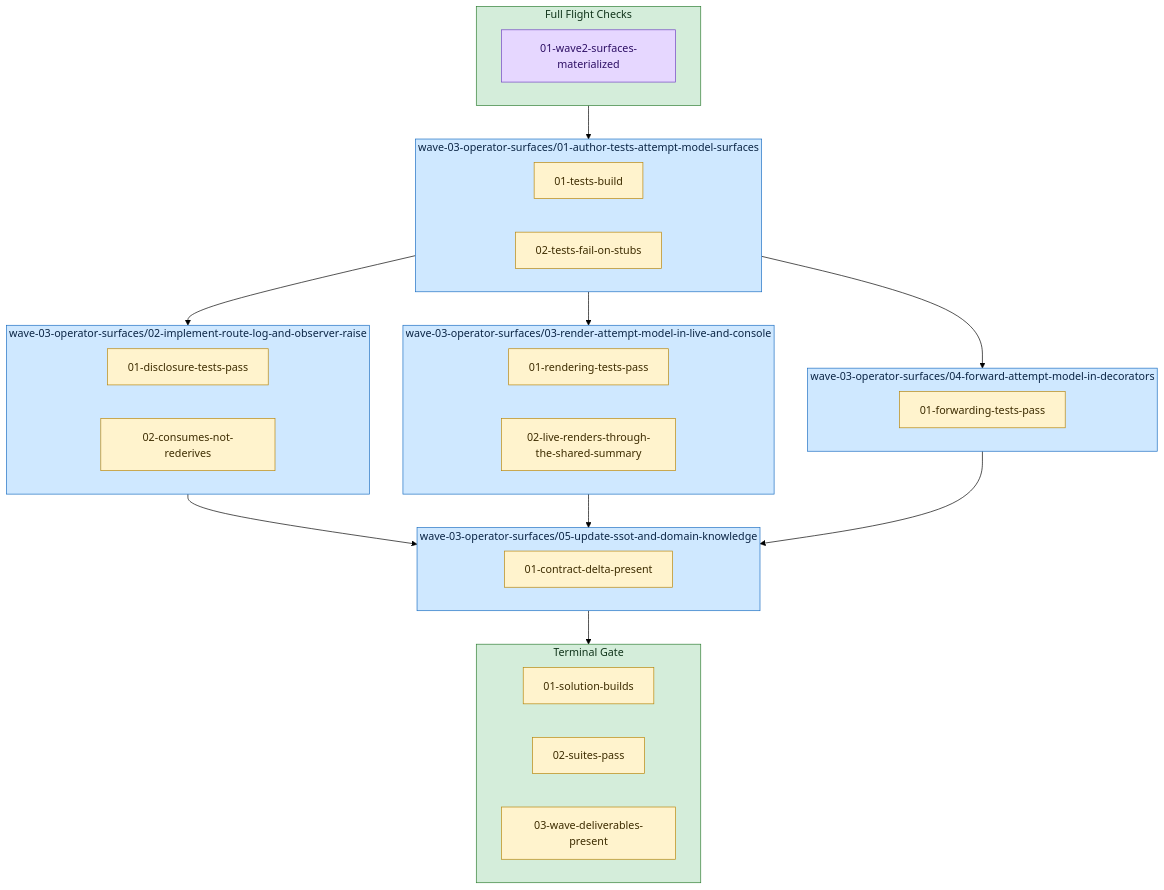
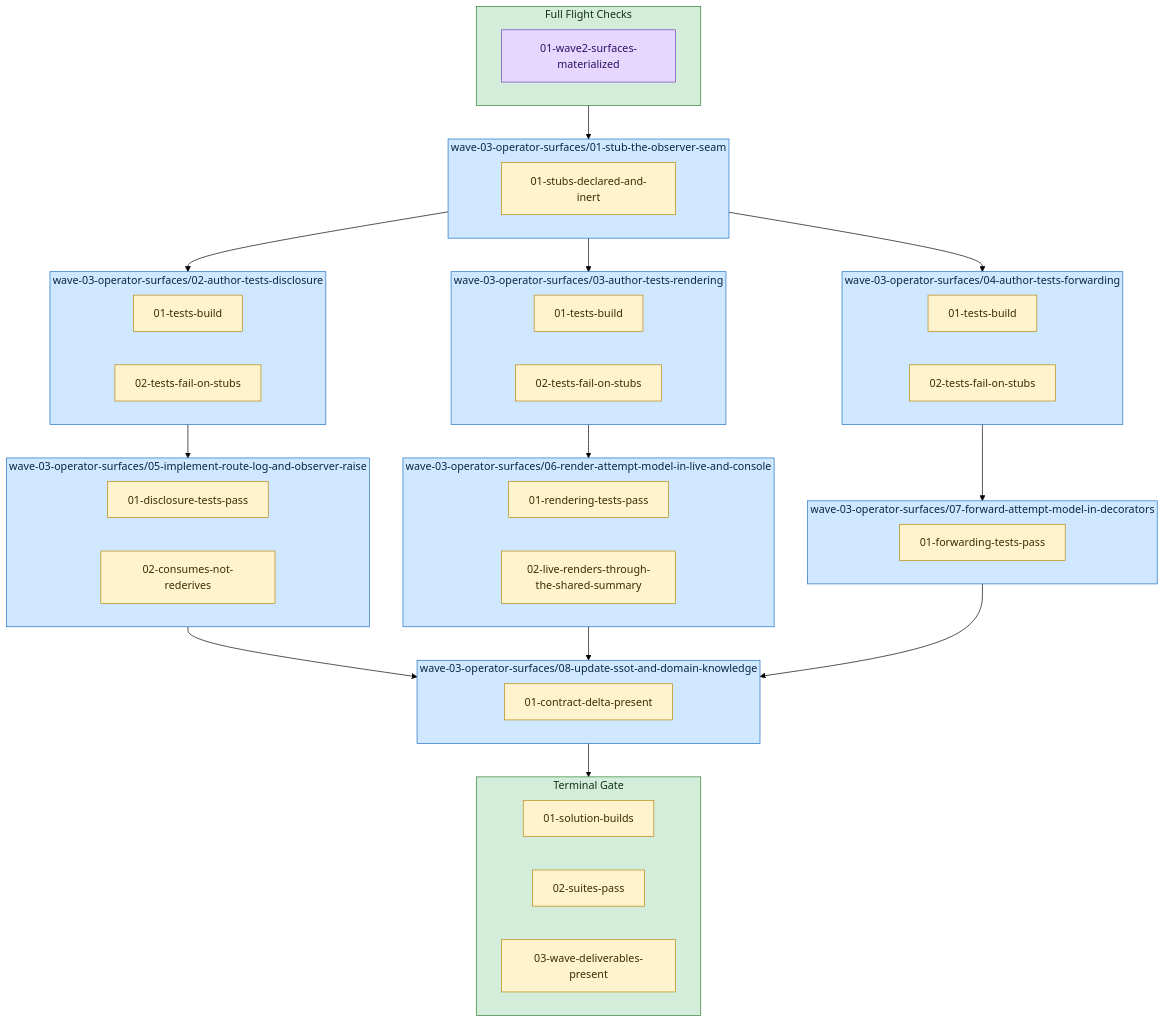
The diagram in docs/plans/model-tiering-stage-3/wave-03-operator-surfaces/diagram.md (Servant-Software-LLC/Guardrails), drawn with Mermaid (forest theme) before and after one commit. The commit also changed other lines of this file and 45 other files, not shown here.

First line of the commit message:
review(wave-03): split the over-scoped test-author task, fix the probe's wrong-tree verdict, stamp

````diff
--- a/docs/plans/model-tiering-stage-3/wave-03-operator-surfaces/diagram.md
+++ b/docs/plans/model-tiering-stage-3/wave-03-operator-surfaces/diagram.md
@@ -3,46 +3,63 @@
 ```mermaid
 flowchart TD
   subgraph plan_preflights["Full Flight Checks"]
     plan_preflights_0["01-wave2-surfaces-materialized"]:::preflight
   end
   style plan_preflights fill:#d4edda,stroke:#2e7d32,color:#10341a;
-  subgraph task_wave_03_operator_surfaces_01_author_tests_attempt_model_surfaces["wave-03-operator-surfaces/01-author-tests-attempt-model-surfaces"]
-    task_wave_03_operator_surfaces_01_author_tests_attempt_model_surfaces_gr_0["01-tests-build"]:::guardrail
-    task_wave_03_operator_surfaces_01_author_tests_attempt_model_surfaces_gr_1["02-tests-fail-on-stubs"]:::guardrail
+  subgraph task_wave_03_operator_surfaces_01_stub_the_observer_seam["wave-03-operator-surfaces/01-stub-the-observer-seam"]
+    task_wave_03_operator_surfaces_01_stub_the_observer_seam_gr_0["01-stubs-declared-and-inert"]:::guardrail
   end
-  style task_wave_03_operator_surfaces_01_author_tests_attempt_model_surfaces fill:#cfe8ff,stroke:#1b6ec2,color:#0b2545;
-  subgraph task_wave_03_operator_surfaces_02_implement_route_log_and_observer_raise["wave-03-operator-surfaces/02-implement-route-log-and-observer-raise"]
-    task_wave_03_operator_surfaces_02_implement_route_log_and_observer_raise_gr_0["01-disclosure-tests-pass"]:::guardrail
-    task_wave_03_operator_surfaces_02_implement_route_log_and_observer_raise_gr_1["02-consumes-not-rederives"]:::guardrail
+  style task_wave_03_operator_surfaces_01_stub_the_observer_seam fill:#cfe8ff,stroke:#1b6ec2,color:#0b2545;
+  subgraph task_wave_03_operator_surfaces_02_author_tests_disclosure["wave-03-operator-surfaces/02-author-tests-disclosure"]
+    task_wave_03_operator_surfaces_02_author_tests_disclosure_gr_0["01-tests-build"]:::guardrail
+    task_wave_03_operator_surfaces_02_author_tests_disclosure_gr_1["02-tests-fail-on-stubs"]:::guardrail
   end
-  style task_wave_03_operator_surfaces_02_implement_route_log_and_observer_raise fill:#cfe8ff,stroke:#1b6ec2,color:#0b2545;
-  subgraph task_wave_03_operator_surfaces_03_render_attempt_model_in_live_and_console["wave-03-operator-surfaces/03-render-attempt-model-in-live-and-console"]
-    task_wave_03_operator_surfaces_03_render_attempt_model_in_live_and_console_gr_0["01-rendering-tests-pass"]:::guardrail
-    task_wave_03_operator_surfaces_03_render_attempt_model_in_live_and_console_gr_1["02-live-renders-through-the-shared-summary"]:::guardrail
+  style task_wave_03_operator_surfaces_02_author_tests_disclosure fill:#cfe8ff,stroke:#1b6ec2,color:#0b2545;
+  subgraph task_wave_03_operator_surfaces_03_author_tests_rendering["wave-03-operator-surfaces/03-author-tests-rendering"]
+    task_wave_03_operator_surfaces_03_author_tests_rendering_gr_0["01-tests-build"]:::guardrail
+    task_wave_03_operator_surfaces_03_author_tests_rendering_gr_1["02-tests-fail-on-stubs"]:::guardrail
   end
-  style task_wave_03_operator_surfaces_03_render_attempt_model_in_live_and_console fill:#cfe8ff,stroke:#1b6ec2,color:#0b2545;
-  subgraph task_wave_03_operator_surfaces_04_forward_attempt_model_in_decorators["wave-03-operator-surfaces/04-forward-attempt-model-in-decorators"]
-    task_wave_03_operator_surfaces_04_forward_attempt_model_in_decorators_gr_0["01-forwarding-tests-pass"]:::guardrail
+  style task_wave_03_operator_surfaces_03_author_tests_rendering fill:#cfe8ff,stroke:#1b6ec2,color:#0b2545;
+  subgraph task_wave_03_operator_surfaces_04_author_tests_forwarding["wave-03-operator-surfaces/04-author-tests-forwarding"]
+    task_wave_03_operator_surfaces_04_author_tests_forwarding_gr_0["01-tests-build"]:::guardrail
+    task_wave_03_operator_surfaces_04_author_tests_forwarding_gr_1["02-tests-fail-on-stubs"]:::guardrail
   end
-  style task_wave_03_operator_surfaces_04_forward_attempt_model_in_decorators fill:#cfe8ff,stroke:#1b6ec2,color:#0b2545;
-  subgraph task_wave_03_operator_surfaces_05_update_ssot_and_domain_knowledge["wave-03-operator-surfaces/05-update-ssot-and-domain-knowledge"]
-    task_wave_03_operator_surfaces_05_update_ssot_and_domain_knowledge_gr_0["01-contract-delta-present"]:::guardrail
+  style task_wave_03_operator_surfaces_04_author_tests_forwarding fill:#cfe8ff,stroke:#1b6ec2,color:#0b2545;
+  subgraph task_wave_03_operator_surfaces_05_implement_route_log_and_observer_raise["wave-03-operator-surfaces/05-implement-route-log-and-observer-raise"]
+    task_wave_03_operator_surfaces_05_implement_route_log_and_observer_raise_gr_0["01-disclosure-tests-pass"]:::guardrail
+    task_wave_03_operator_surfaces_05_implement_route_log_and_observer_raise_gr_1["02-consumes-not-rederives"]:::guardrail
   end
-  style task_wave_03_operator_surfaces_05_update_ssot_and_domain_knowledge fill:#cfe8ff,stroke:#1b6ec2,color:#0b2545;
+  style task_wave_03_operator_surfaces_05_implement_route_log_and_observer_raise fill:#cfe8ff,stroke:#1b6ec2,color:#0b2545;
+  subgraph task_wave_03_operator_surfaces_06_render_attempt_model_in_live_and_console["wave-03-operator-surfaces/06-render-attempt-model-in-live-and-console"]
+    task_wave_03_operator_surfaces_06_render_attempt_model_in_live_and_console_gr_0["01-rendering-tests-pass"]:::guardrail
+    task_wave_03_operator_surfaces_06_render_attempt_model_in_live_and_console_gr_1["02-live-renders-through-the-shared-summary"]:::guardrail
+  end
+  style task_wave_03_operator_surfaces_06_render_attempt_model_in_live_and_console fill:#cfe8ff,stroke:#1b6ec2,color:#0b2545;
+  subgraph task_wave_03_operator_surfaces_07_forward_attempt_model_in_decorators["wave-03-operator-surfaces/07-forward-attempt-model-in-decorators"]
+    task_wave_03_operator_surfaces_07_forward_attempt_model_in_decorators_gr_0["01-forwarding-tests-pass"]:::guardrail
+  end
+  style task_wave_03_operator_surfaces_07_forward_attempt_model_in_decorators fill:#cfe8ff,stroke:#1b6ec2,color:#0b2545;
+  subgraph task_wave_03_operator_surfaces_08_update_ssot_and_domain_knowledge["wave-03-operator-surfaces/08-update-ssot-and-domain-knowledge"]
+    task_wave_03_operator_surfaces_08_update_ssot_and_domain_knowledge_gr_0["01-contract-delta-present"]:::guardrail
+  end
+  style task_wave_03_operator_surfaces_08_update_ssot_and_domain_knowledge fill:#cfe8ff,stroke:#1b6ec2,color:#0b2545;
   subgraph plan_guardrails["Terminal Gate"]
     plan_guardrails_0["01-solution-builds"]:::guardrail
     plan_guardrails_1["02-suites-pass"]:::guardrail
     plan_guardrails_2["03-wave-deliverables-present"]:::guardrail
   end
   style plan_guardrails fill:#d4edda,stroke:#2e7d32,color:#10341a;
-  plan_preflights --> task_wave_03_operator_surfaces_01_author_tests_attempt_model_surfaces
-  task_wave_03_operator_surfaces_01_author_tests_attempt_model_surfaces --> task_wave_03_operator_surfaces_02_implement_route_log_and_observer_raise
-  task_wave_03_operator_surfaces_01_author_tests_attempt_model_surfaces --> task_wave_03_operator_surfaces_03_render_attempt_model_in_live_and_console
-  task_wave_03_operator_surfaces_01_author_tests_attempt_model_surfaces --> task_wave_03_operator_surfaces_04_forward_attempt_model_in_decorators
-  task_wave_03_operator_surfaces_02_implement_route_log_and_observer_raise --> task_wave_03_operator_surfaces_05_update_ssot_and_domain_knowledge
-  task_wave_03_operator_surfaces_03_render_attempt_model_in_live_and_console --> task_wave_03_operator_surfaces_05_update_ssot_and_domain_knowledge
-  task_wave_03_operator_surfaces_04_forward_attempt_model_in_decorators --> task_wave_03_operator_surfaces_05_update_ssot_and_domain_knowledge
-  task_wave_03_operator_surfaces_05_update_ssot_and_domain_knowledge --> plan_guardrails
+  plan_preflights --> task_wave_03_operator_surfaces_01_stub_the_observer_seam
+  task_wave_03_operator_surfaces_01_stub_the_observer_seam --> task_wave_03_operator_surfaces_02_author_tests_disclosure
+  task_wave_03_operator_surfaces_01_stub_the_observer_seam --> task_wave_03_operator_surfaces_03_author_tests_rendering
+  task_wave_03_operator_surfaces_01_stub_the_observer_seam --> task_wave_03_operator_surfaces_04_author_tests_forwarding
+  task_wave_03_operator_surfaces_02_author_tests_disclosure --> task_wave_03_operator_surfaces_05_implement_route_log_and_observer_raise
+  task_wave_03_operator_surfaces_03_author_tests_rendering --> task_wave_03_operator_surfaces_06_render_attempt_model_in_live_and_console
+  task_wave_03_operator_surfaces_04_author_tests_forwarding --> task_wave_03_operator_surfaces_07_forward_attempt_model_in_decorators
+  task_wave_03_operator_surfaces_05_implement_route_log_and_observer_raise --> task_wave_03_operator_surfaces_08_update_ssot_and_domain_knowledge
+  task_wave_03_operator_surfaces_06_render_attempt_model_in_live_and_console --> task_wave_03_operator_surfaces_08_update_ssot_and_domain_knowledge
+  task_wave_03_operator_surfaces_07_forward_attempt_model_in_decorators --> task_wave_03_operator_surfaces_08_update_ssot_and_domain_knowledge
+  task_wave_03_operator_surfaces_08_update_ssot_and_domain_knowledge --> plan_guardrails
   classDef preflight fill:#e6d7ff,stroke:#6f42c1,color:#2e1065;
   classDef guardrail fill:#fff3cd,stroke:#b8860b,color:#3d2c00;
 ```
````
